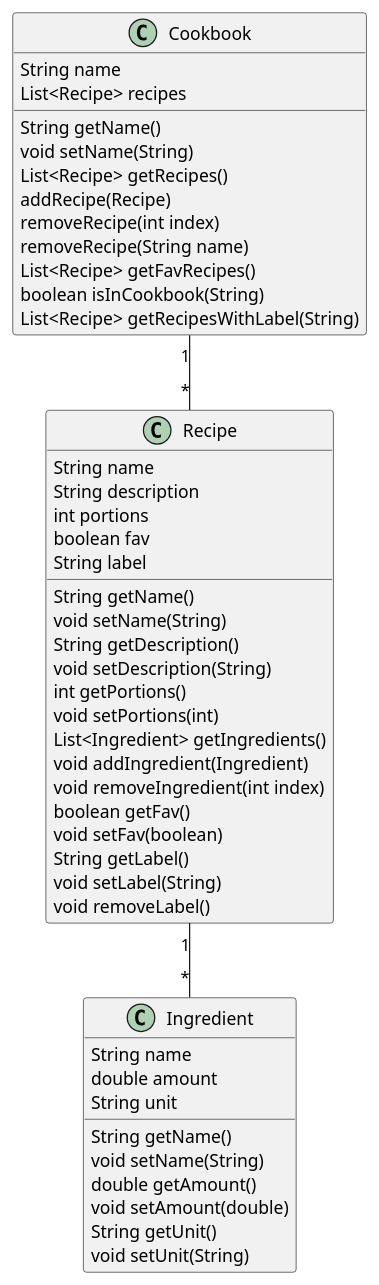
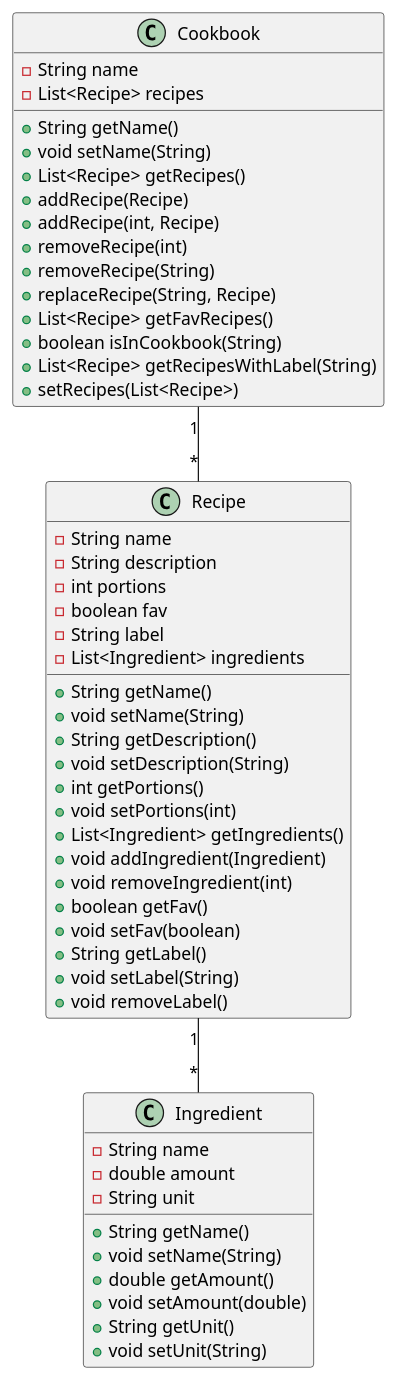
One commit to FridaK-sys/Foodie changed the diagram in foodie/core/src/main/java/core/classdiagram.puml. Above: the diagram before and after it, drawn with PlantUML. The commit also changed 2 other files, not shown here.

Commit message:
fix: updated class diagram

```diff
--- a/foodie/core/src/main/java/core/classdiagram.puml
+++ b/foodie/core/src/main/java/core/classdiagram.puml
@@ -1,48 +1,52 @@
 @startuml
 Cookbook "1" -- "*" Recipe
 Recipe "1" -- "*" Ingredient
 
-Cookbook : String name
-Cookbook : List<Recipe> recipes
-Cookbook : String getName()
-Cookbook : void setName(String)
-Cookbook : List<Recipe> getRecipes()
-Cookbook : addRecipe(Recipe)
-Cookbook : removeRecipe(int index)
-Cookbook : removeRecipe(String name)
-Cookbook : List<Recipe> getFavRecipes()
-Cookbook : boolean isInCookbook(String)
-Cookbook : List<Recipe> getRecipesWithLabel(String)
+Cookbook : -String name
+Cookbook : -List<Recipe> recipes
+Cookbook : +String getName()
+Cookbook : +void setName(String)
+Cookbook : +List<Recipe> getRecipes()
+Cookbook : +addRecipe(Recipe)
+Cookbook : +addRecipe(int, Recipe)
+Cookbook : +removeRecipe(int)
+Cookbook : +removeRecipe(String)
+Cookbook : +replaceRecipe(String, Recipe)
+Cookbook : +List<Recipe> getFavRecipes()
+Cookbook : +boolean isInCookbook(String)
+Cookbook : +List<Recipe> getRecipesWithLabel(String)
+Cookbook : +setRecipes(List<Recipe>)
 
 
-Recipe : String name
-Recipe : String description
-Recipe : int portions
-Recipe : boolean fav
-Recipe : String label
-Recipe : String getName()
-Recipe : void setName(String)
-Recipe : String getDescription()
-Recipe : void setDescription(String)
-Recipe : int getPortions()
-Recipe : void setPortions(int)
-Recipe : List<Ingredient> getIngredients()
-Recipe : void addIngredient(Ingredient)
-Recipe : void removeIngredient(int index)
-Recipe : boolean getFav()
-Recipe : void setFav(boolean)
-Recipe : String getLabel()
-Recipe : void setLabel(String)
-Recipe : void removeLabel()
+Recipe : -String name
+Recipe : -String description
+Recipe : -int portions
+Recipe : -boolean fav
+Recipe : -String label
+Recipe : -List<Ingredient> ingredients
+Recipe : +String getName()
+Recipe : +void setName(String)
+Recipe : +String getDescription()
+Recipe : +void setDescription(String)
+Recipe : +int getPortions()
+Recipe : +void setPortions(int)
+Recipe : +List<Ingredient> getIngredients()
+Recipe : +void addIngredient(Ingredient)
+Recipe : +void removeIngredient(int)
+Recipe : +boolean getFav()
+Recipe : +void setFav(boolean)
+Recipe : +String getLabel()
+Recipe : +void setLabel(String)
+Recipe : +void removeLabel()
 
-Ingredient : String name
-Ingredient : double amount
-Ingredient : String unit
-Ingredient : String getName()
-Ingredient : void setName(String)
-Ingredient : double getAmount()
-Ingredient : void setAmount(double)
-Ingredient : String getUnit()
-Ingredient : void setUnit(String)
+Ingredient : -String name
+Ingredient : -double amount
+Ingredient : -String unit
+Ingredient : +String getName()
+Ingredient : +void setName(String)
+Ingredient : +double getAmount()
+Ingredient : +void setAmount(double)
+Ingredient : +String getUnit()
+Ingredient : +void setUnit(String)
 
 @enduml
```
